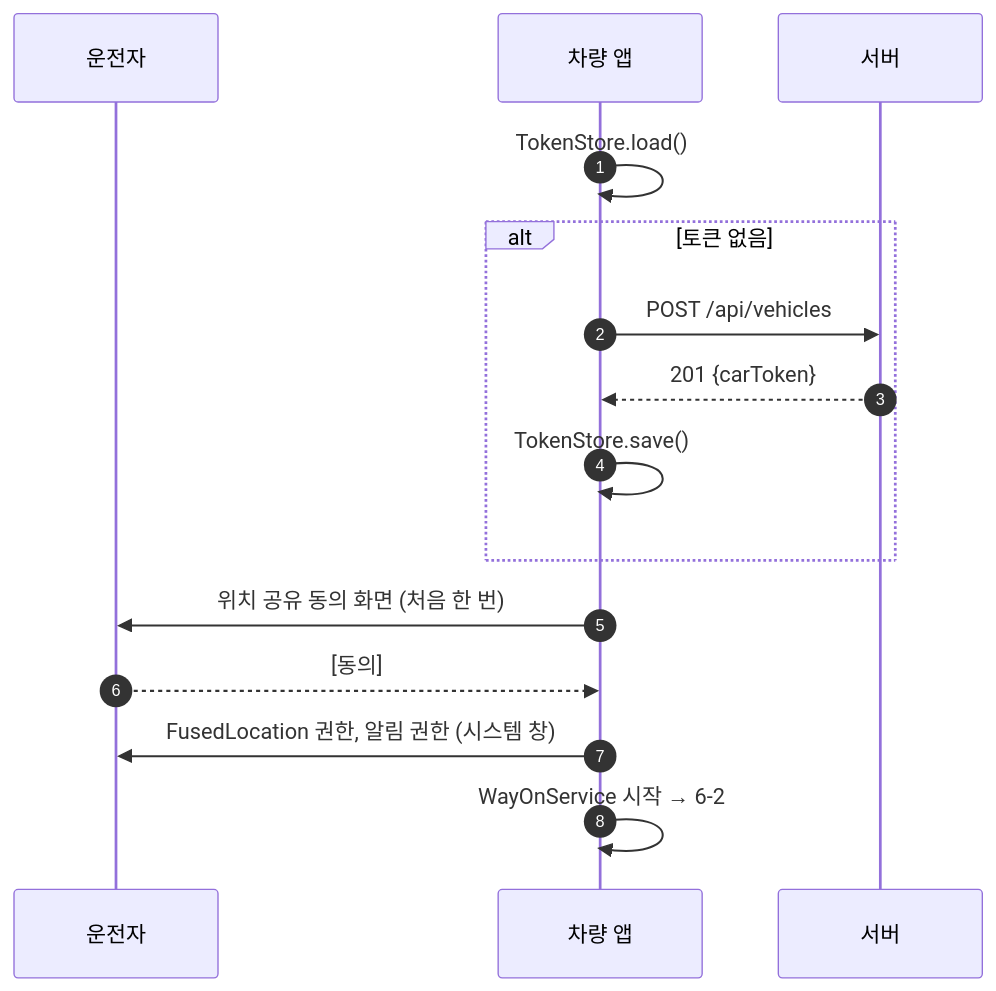
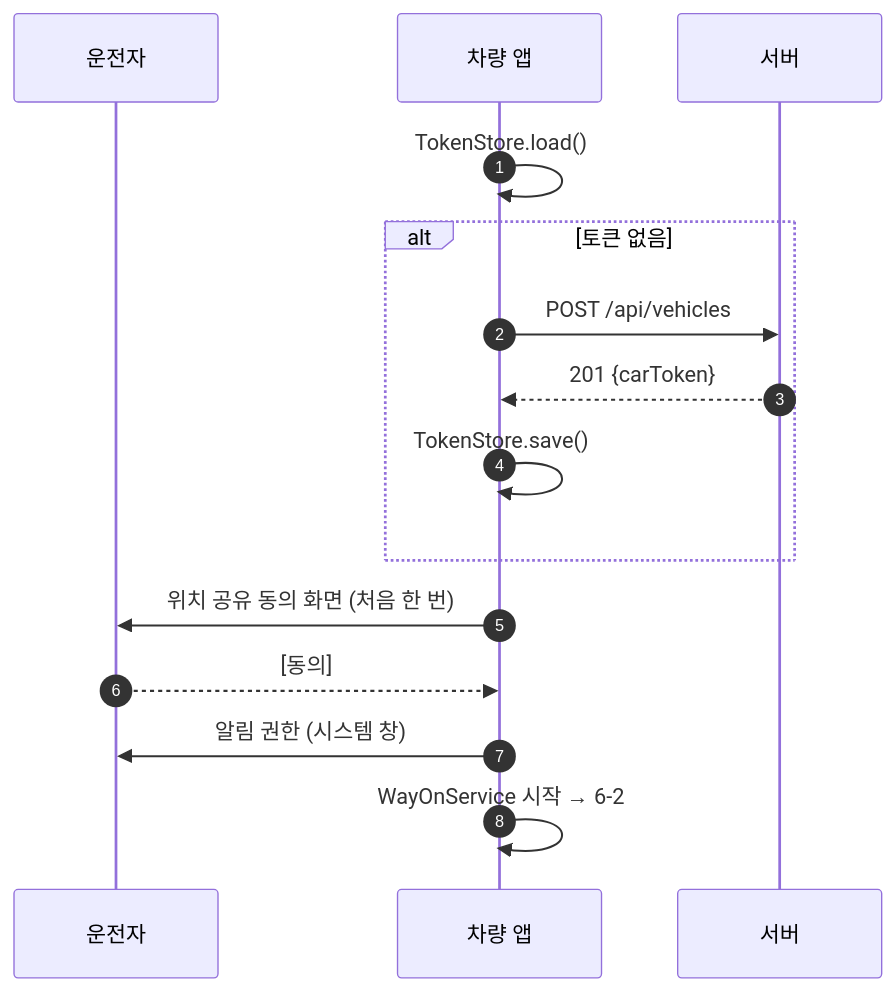
The fourth of 12 diagrams in docs/car-app-design.md (rladmlwlq/WAY-ON), drawn with Mermaid before and after one commit. The commit also changed other lines of this file and 12 other files, not shown here.

````diff
--- a/docs/car-app-design.md
+++ b/docs/car-app-design.md
@@ -451,17 +451,17 @@
 ```mermaid
 sequenceDiagram
     autonumber
     participant D as 운전자
     participant A as 차량 앱
     participant S as 서버
     A->>A: TokenStore.load()
     alt 토큰 없음
         A->>S: POST /api/vehicles
         S-->>A: 201 {carToken}
         A->>A: TokenStore.save()
     end
     A->>D: 위치 공유 동의 화면 (처음 한 번)
     D-->>A: [동의]
-    A->>D: FusedLocation 권한, 알림 권한 (시스템 창)
+    A->>D: 알림 권한 (시스템 창)
     A->>A: WayOnService 시작 → 6-2
 ```
````
